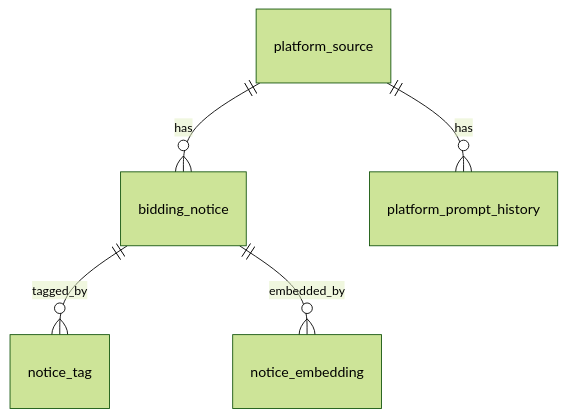
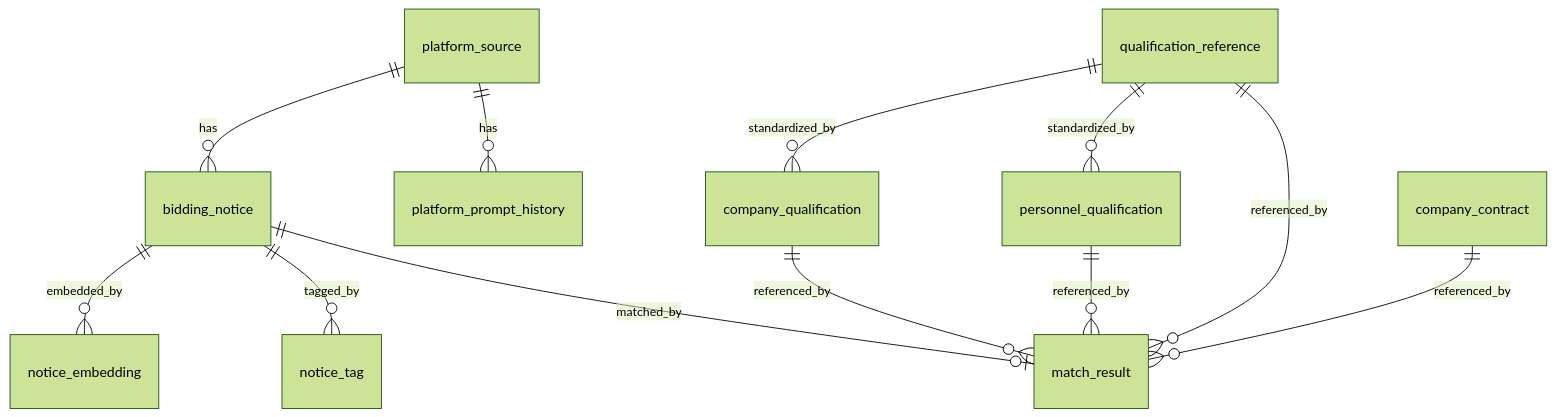
The first of 2 diagrams in docs/design.md (rogercwchenhk/spot), drawn with Mermaid (forest theme) before and after one commit. The commit also changed other lines of this file and 59 other files, not shown here.

````diff
--- a/docs/design.md
+++ b/docs/design.md
@@ -28,7 +48,14 @@
 ```mermaid
 erDiagram
     platform_source ||--o{ bidding_notice : "has"
     platform_source ||--o{ platform_prompt_history : "has"
     bidding_notice ||--o{ notice_tag : "tagged_by"
+    bidding_notice ||--o| match_result : "matched_by"
     bidding_notice ||--o{ notice_embedding : "embedded_by"
+    company_qualification ||--o{ match_result : "referenced_by"
+    personnel_qualification ||--o{ match_result : "referenced_by"
+    qualification_reference ||--o{ company_qualification : "standardized_by"
+    qualification_reference ||--o{ personnel_qualification : "standardized_by"
+    qualification_reference ||--o{ match_result : "referenced_by"
+    company_contract ||--o{ match_result : "referenced_by"
 ```
````
